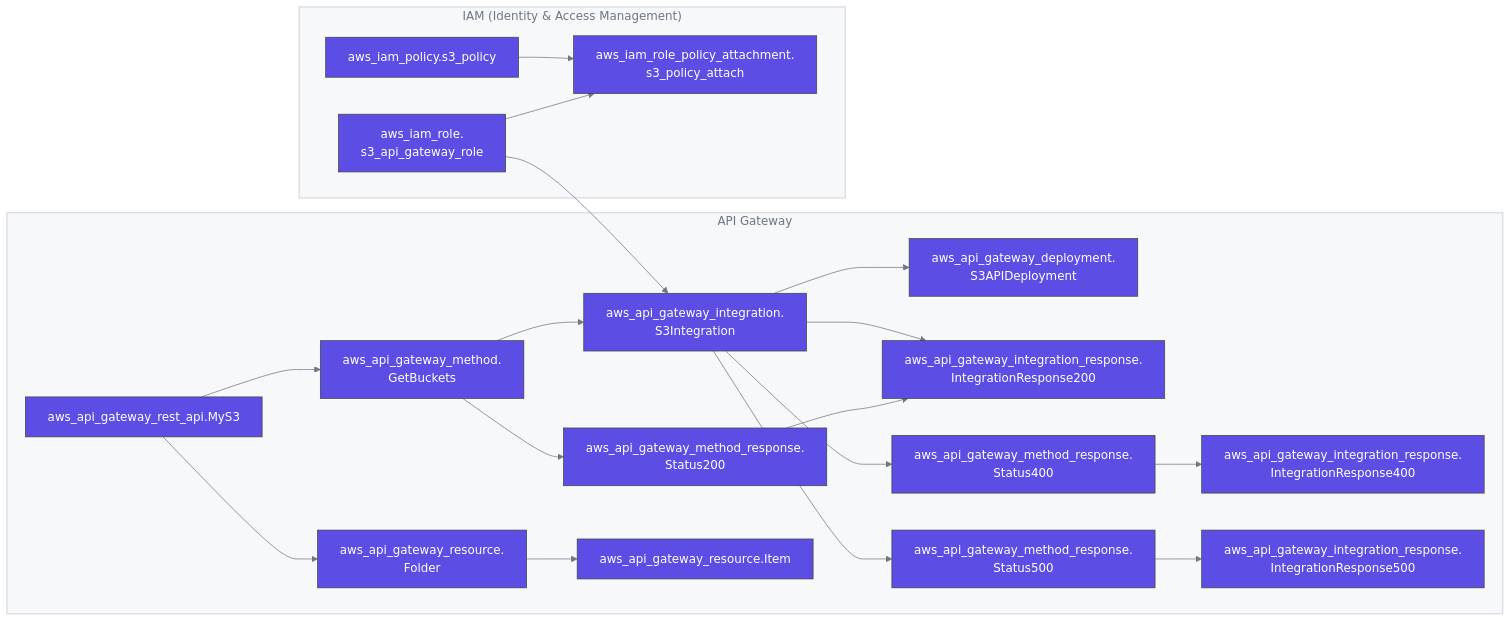
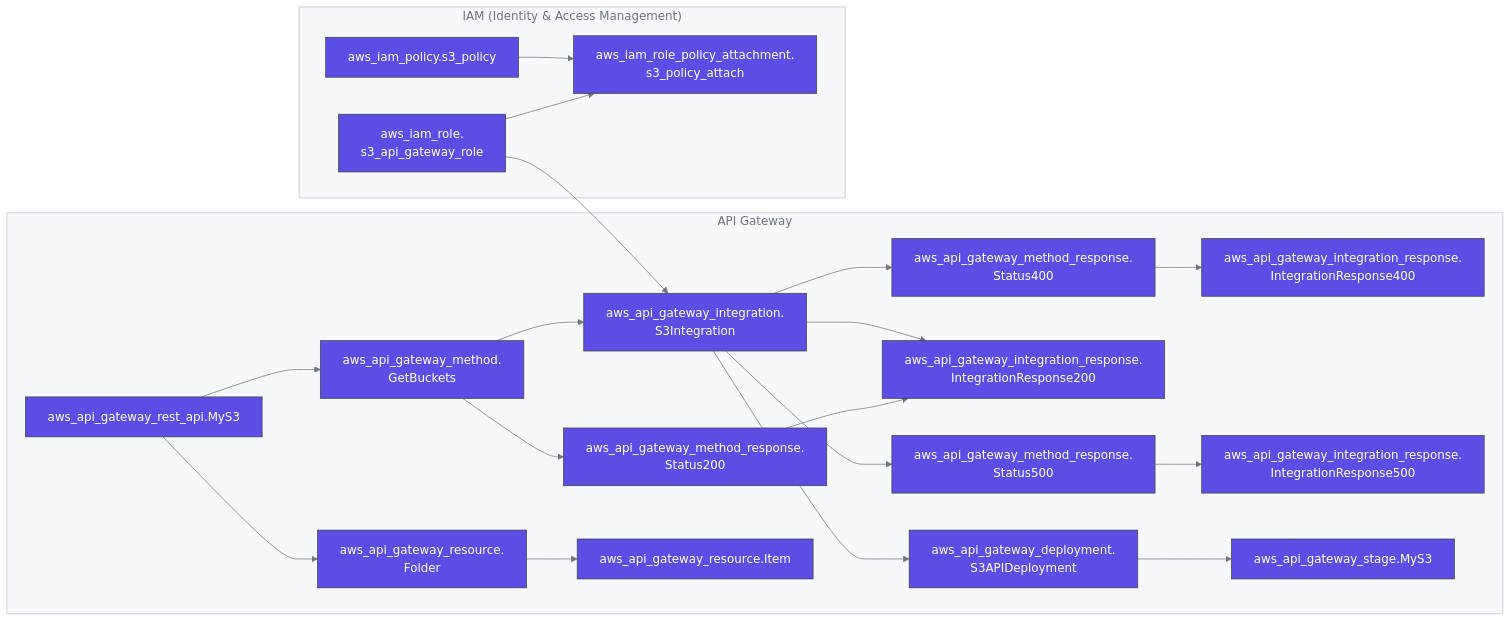
Before and after one commit to asannou/tfmermaid-action: the seventh of 17 diagrams in README.md, drawn with Mermaid. The commit also changed other lines of this file, not shown here.

Commit message:
generated
https://github.com/asannou/tfmermaid-action/actions/runs/33251654368

````diff
--- a/README.md
+++ b/README.md
@@ -686,47 +686,49 @@
 ```mermaid
 %%tfmermaid:terraform-provider-aws/examples/s3-api-gateway-integration
 %%{init:{"theme":"default","themeVariables":{"lineColor":"#6f7682","textColor":"#6f7682"}}}%%
 flowchart LR
 classDef r fill:#5c4ee5,stroke:#444,color:#fff
 classDef v fill:#eeedfc,stroke:#eeedfc,color:#5c4ee5
 classDef ms fill:none,stroke:#dce0e6,stroke-width:2px
 classDef vs fill:none,stroke:#dce0e6,stroke-width:4px,stroke-dasharray:10
 classDef ps fill:none,stroke:none
 classDef cs fill:#f7f8fa,stroke:#dce0e6,stroke-width:2px
 subgraph "n0"["API Gateway"]
 n1["aws_api_gateway_deployment.<br/>S3APIDeployment"]:::r
 n2["aws_api_gateway_integration.<br/>S3Integration"]:::r
 n3["aws_api_gateway_method.<br/>GetBuckets"]:::r
 n4["aws_api_gateway_integration_response.<br/>IntegrationResponse200"]:::r
 n5["aws_api_gateway_method_response.<br/>Status200"]:::r
 n6["aws_api_gateway_integration_response.<br/>IntegrationResponse400"]:::r
 n7["aws_api_gateway_method_response.<br/>Status400"]:::r
 n8["aws_api_gateway_integration_response.<br/>IntegrationResponse500"]:::r
 n9["aws_api_gateway_method_response.<br/>Status500"]:::r
 na["aws_api_gateway_rest_api.MyS3"]:::r
 nb["aws_api_gateway_resource.<br/>Folder"]:::r
 nc["aws_api_gateway_resource.Item"]:::r
+nd["aws_api_gateway_stage.MyS3"]:::r
 end
 class n0 cs
-subgraph "nd"["IAM (Identity & Access Management)"]
-ne["aws_iam_role.<br/>s3_api_gateway_role"]:::r
-nf["aws_iam_policy.s3_policy"]:::r
-ng["aws_iam_role_policy_attachment.<br/>s3_policy_attach"]:::r
+subgraph "ne"["IAM (Identity & Access Management)"]
+nf["aws_iam_role.<br/>s3_api_gateway_role"]:::r
+ng["aws_iam_policy.s3_policy"]:::r
+nh["aws_iam_role_policy_attachment.<br/>s3_policy_attach"]:::r
 end
-class nd cs
+class ne cs
 n2-->n1
 n3-->n2
-ne-->n2
+nf-->n2
 n2-->n4
 n5-->n4
 n7-->n6
 n9-->n8
 na-->n3
 n3-->n5
 n2-->n7
 n2-->n9
 na-->nb
 nb-->nc
-nf-->ng
-ne-->ng
+n1-->nd
+ng-->nh
+nf-->nh
 ```
````
